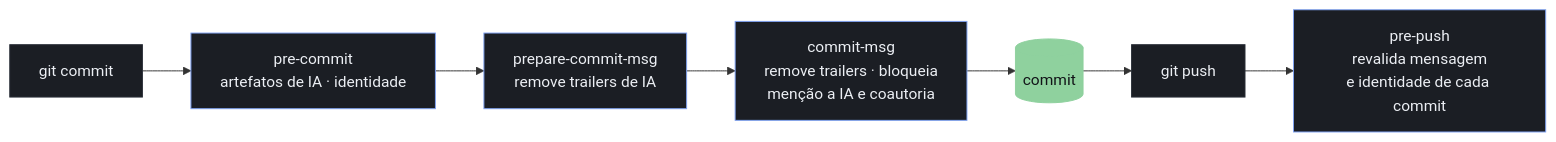
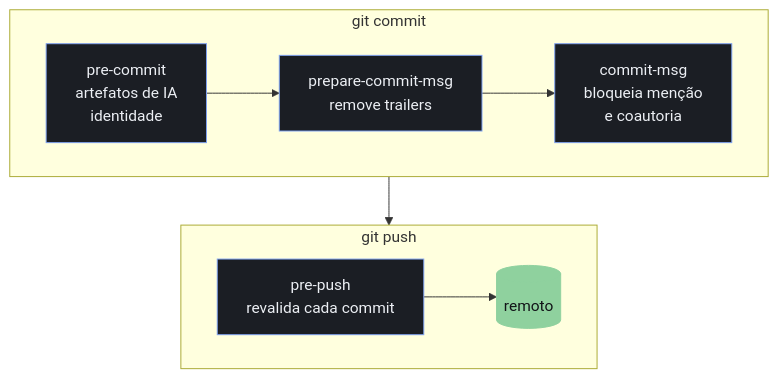
One commit to jeancarlosaps/jean-dev-environment changed the diagram in README.md. Above: the diagram before and after it, drawn with Mermaid.

Commit message:
docs: ajusta diagrama do ai guard para telas estreitas

````diff
--- a/README.md
+++ b/README.md
@@ -321,14 +321,17 @@
 ```mermaid
-flowchart LR
-  C["git commit"] --> PC["pre-commit<br/>artefatos de IA · identidade"]
-  PC --> PM["prepare-commit-msg<br/>remove trailers de IA"]
-  PM --> CM["commit-msg<br/>remove trailers · bloqueia<br/>menção a IA e coautoria"]
-  CM --> OK[("commit")]
-  OK --> P["git push"] --> PP["pre-push<br/>revalida mensagem<br/>e identidade de cada commit"]
-  classDef git fill:#1B1E24,stroke:#2A2F38,color:#ECEFF4
+flowchart TB
+  subgraph COMMIT["git commit"]
+    direction LR
+    PC["pre-commit<br/>artefatos de IA<br/>identidade"] --> PM["prepare-commit-msg<br/>remove trailers"]
+    PM --> CM["commit-msg<br/>bloqueia menção<br/>e coautoria"]
+  end
+  subgraph PUSH["git push"]
+    direction LR
+    PP["pre-push<br/>revalida cada commit"] --> R[("remoto")]
+  end
+  CM --> PP
   classDef hook fill:#1B1E24,stroke:#7FA2F2,color:#ECEFF4
   classDef done fill:#8FD19E,stroke:#8FD19E,color:#121418
-  class C,P git
   class PC,PM,CM,PP hook
-  class OK done
+  class R done
 ```
````
